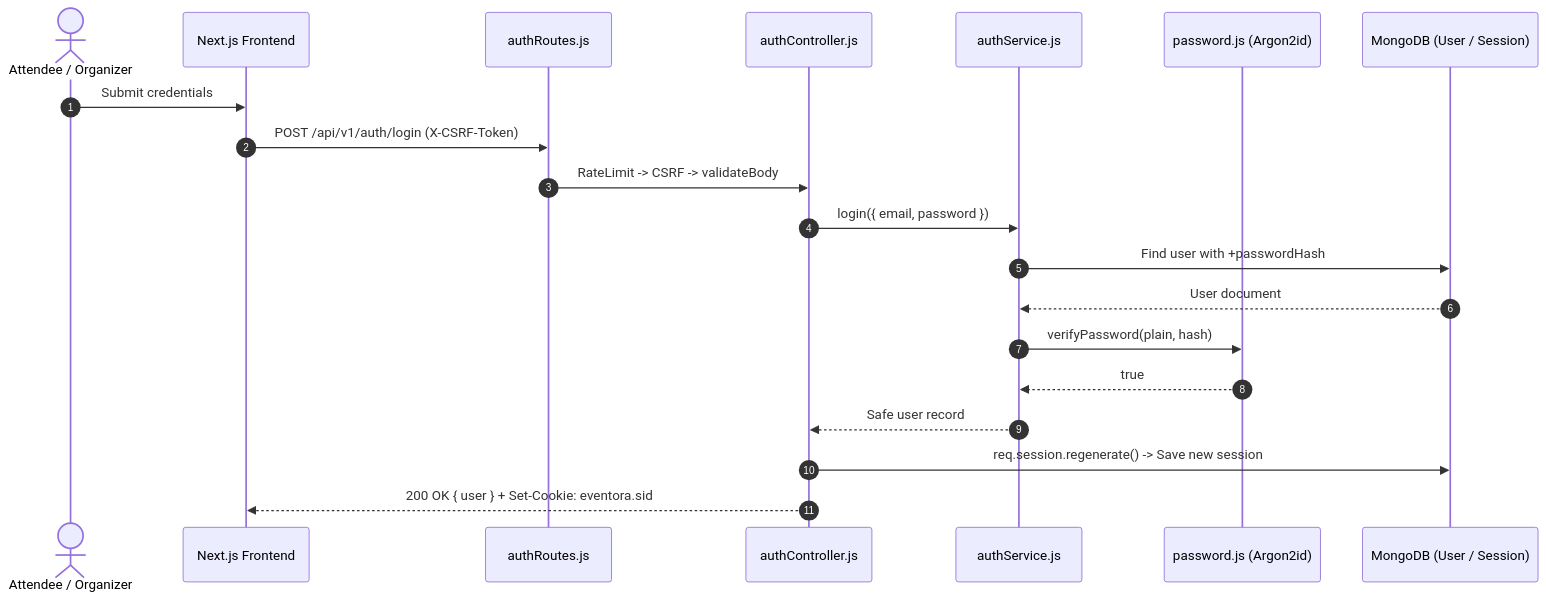
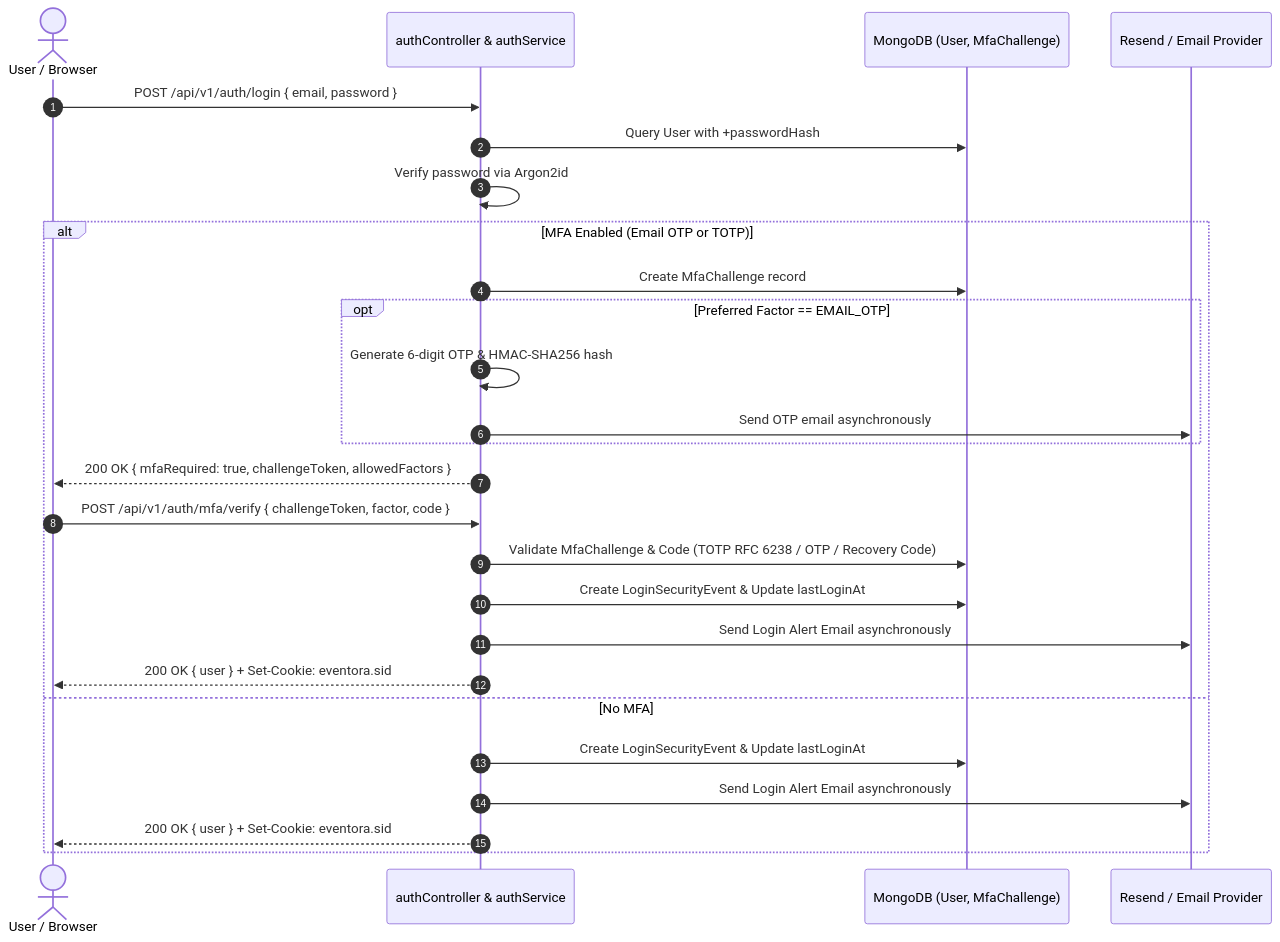
Before and after one commit to OmSardar/Eventora: the diagram in server/src/modules/authentication/authentication.md, drawn with Mermaid. The commit also changed other lines of this file and 35 other files, not shown here.

Commit message:
feat(auth): implement email verification, login alerts, and multi-factor authentication (TOTP & email OTP)

````diff
--- a/server/src/modules/authentication/authentication.md
+++ b/server/src/modules/authentication/authentication.md
@@ -57,23 +102,29 @@
 ```mermaid
 sequenceDiagram
     autonumber
-    actor User as Attendee / Organizer
-    participant Client as Next.js Frontend
-    participant Route as authRoutes.js
-    participant Ctrl as authController.js
-    participant Svc as authService.js
-    participant Argon as password.js (Argon2id)
-    participant Mongo as MongoDB (User / Session)
+    actor User as User / Browser
+    participant API as authController & authService
+    participant DB as MongoDB (User, MfaChallenge)
+    participant Resend as Resend / Email Provider
 
-    User->>Client: Submit credentials
-    Client->>Route: POST /api/v1/auth/login (X-CSRF-Token)
-    Route->>Ctrl: RateLimit -> CSRF -> validateBody
-    Ctrl->>Svc: login({ email, password })
-    Svc->>Mongo: Find user with +passwordHash
-    Mongo-->>Svc: User document
-    Svc->>Argon: verifyPassword(plain, hash)
-    Argon-->>Svc: true
-    Svc-->>Ctrl: Safe user record
-    Ctrl->>Mongo: req.session.regenerate() -> Save new session
-    Ctrl-->>Client: 200 OK { user } + Set-Cookie: eventora.sid
+    User->>API: POST /api/v1/auth/login { email, password }
+    API->>DB: Query User with +passwordHash
+    API->>API: Verify password via Argon2id
+    alt MFA Enabled (Email OTP or TOTP)
+        API->>DB: Create MfaChallenge record
+        opt Preferred Factor == EMAIL_OTP
+            API->>API: Generate 6-digit OTP & HMAC-SHA256 hash
+            API->>Resend: Send OTP email asynchronously
+        end
+        API-->>User: 200 OK { mfaRequired: true, challengeToken, allowedFactors }
+        User->>API: POST /api/v1/auth/mfa/verify { challengeToken, factor, code }
+        API->>DB: Validate MfaChallenge & Code (TOTP RFC 6238 / OTP / Recovery Code)
+        API->>DB: Create LoginSecurityEvent & Update lastLoginAt
+        API->>Resend: Send Login Alert Email asynchronously
+        API-->>User: 200 OK { user } + Set-Cookie: eventora.sid
+    else No MFA
+        API->>DB: Create LoginSecurityEvent & Update lastLoginAt
+        API->>Resend: Send Login Alert Email asynchronously
+        API-->>User: 200 OK { user } + Set-Cookie: eventora.sid
+    end
 ```
````
